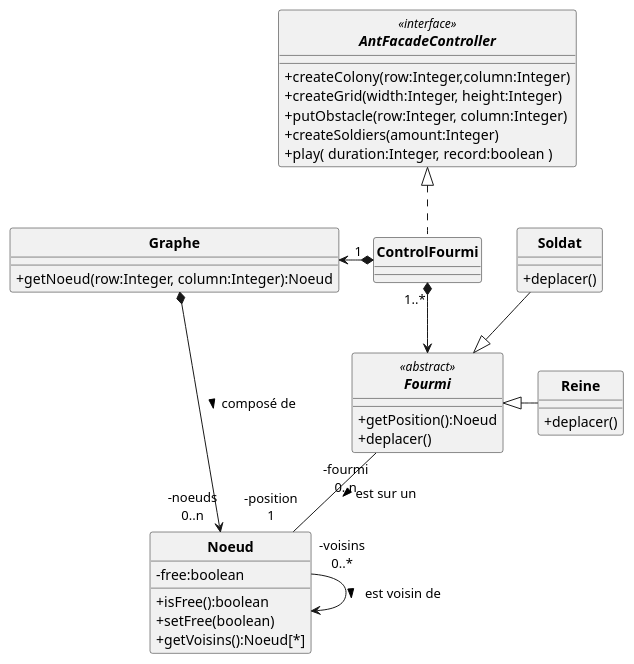
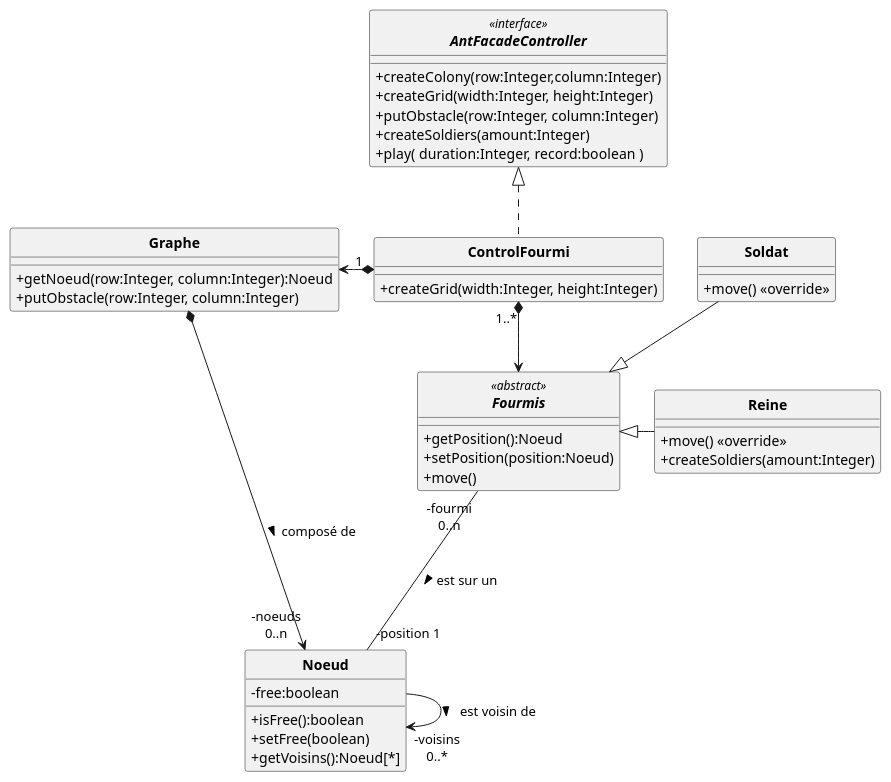
One commit to ErenMustafaGit/ColonieFourmis changed the diagram in Code/uml/Fourmis_DC.puml. Above: the diagram before and after it, drawn with PlantUML.

Commit message:
Mise à jour du diagram de conception: FourmiS, ajout des méthodes à Graphe, ControlFourmi, Reine, Fourmis et ajustement de la mise en pages

```diff
--- a/Code/uml/Fourmis_DC.puml
+++ b/Code/uml/Fourmis_DC.puml
@@ -1,67 +1,70 @@
 @startuml
 'https://plantuml.com/sequence-diagram
 allow_mixing
 skinparam style strictuml
 skinparam classAttributeIconSize 0
 skinparam circledCharacterRadius 0
 skinparam circledCharacterFontSize 0
 skinparam classFontStyle Bold
 'autonumber
 
 'Controleur
 interface AntFacadeController <<interface>> {
     '+setParameters( evaporationParam:Integer, foodParam:Integer, pheromoneParam:Integer )
     +createColony(row:Integer,column:Integer)
     +createGrid(width:Integer, height:Integer)
     +putObstacle(row:Integer, column:Integer)
     '+putFood( row:Integer, column:Integer, quantity:Integer);
     '+createWorkers( amount:Integer )
     +createSoldiers(amount:Integer)
     '+setAntFile(antLogFile:String);
     +play( duration:Integer, record:boolean )
 }
 
 class Noeud {
     -free:boolean
     +isFree():boolean
     +setFree(boolean)
     +getVoisins():Noeud[*]
 }
 
-abstract Fourmi <<abstract>> {
+abstract Fourmis <<abstract>> {
     +getPosition():Noeud
-    +deplacer()
+    +setPosition(position:Noeud)
+    +move()
 }
 class Reine{
-    +deplacer()
+    +move() <<override>>
+    +createSoldiers(amount:Integer)
 
 }
 class Soldat{
-    +deplacer()
+    +move() <<override>>
 }
 
 
 'class Graphe implements AntFacadeController{
 class ControlFourmi implements AntFacadeController{
-
+    +createGrid(width:Integer, height:Integer)
 }
 
 class ControlFourmi{
 }
 
 class Graphe{
  +getNoeud(row:Integer, column:Integer):Noeud
+ +putObstacle(row:Integer, column:Integer)
 }
 
 
-Soldat --|> Fourmi
-Reine -l-|> Fourmi
+Soldat --|> Fourmis
+Reine -l-|> Fourmis
 
 ControlFourmi "1 " *-l-> Graphe
-ControlFourmi "1..*" *--> Fourmi
+ControlFourmi "1..*" *--> Fourmis
 
 Graphe *-r-> "-noeuds\n0..n" Noeud : composé de >
-Fourmi "-fourmi\n0..n" -- "-position\n1" Noeud  : est sur un >
-Noeud "-voisins\n0..*" -> Noeud : est voisin de >
+Fourmis "-fourmi\n0..n" --- "-position 1" Noeud  : est sur un >
+Noeud -> "-voisins\n0..*"  Noeud  : est voisin de >
 
 @enduml
```
